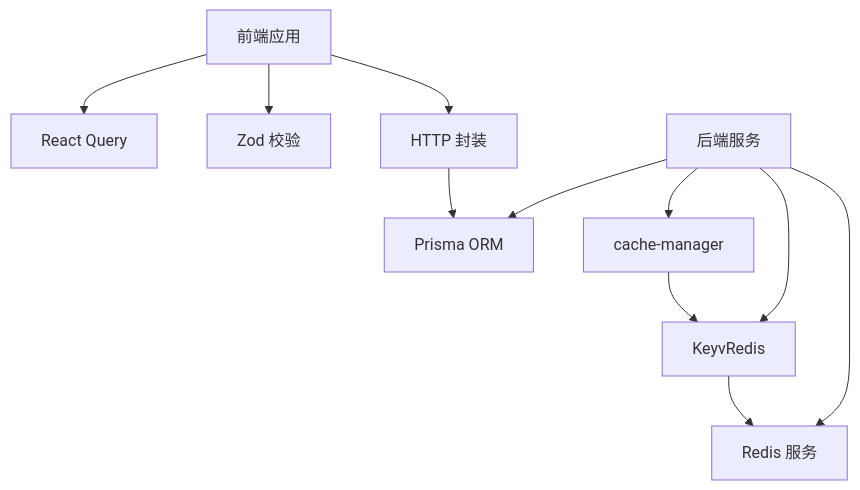
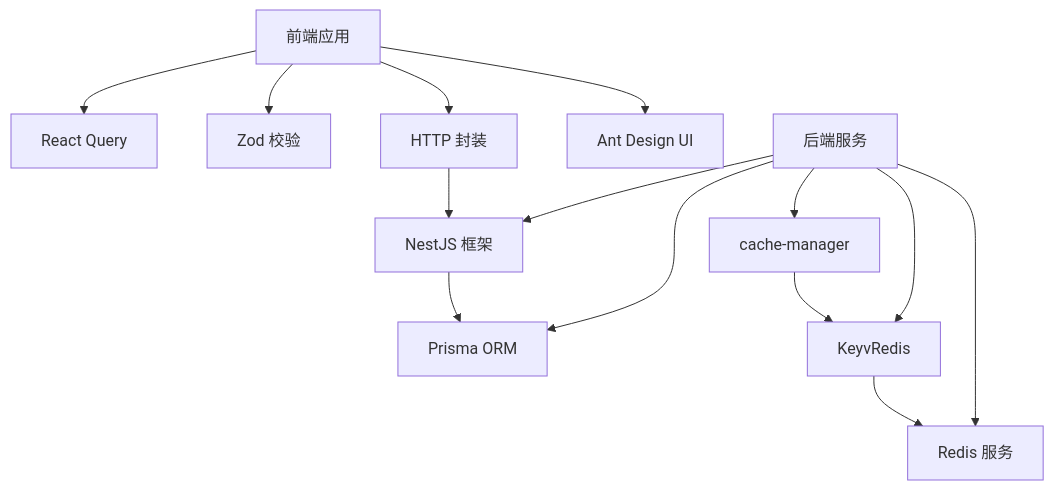
The sixth of 6 diagrams in .qoder/repowiki/zh/content/前端系统/API 集成/模块化 API 设计/字典管理模块 API.md (translateServers/nodes-stack), drawn with Mermaid before and after one commit. The commit also changed other lines of this file and 5 other files, not shown here.

````diff
--- a/.qoder/repowiki/zh/content/前端系统/API 集成/模块化 API 设计/字典管理模块 API.md
+++ b/.qoder/repowiki/zh/content/前端系统/API 集成/模块化 API 设计/字典管理模块 API.md
@@ -350,13 +462,16 @@
 ```mermaid
 graph TB
 Frontend["前端应用"] --> ReactQuery["React Query"]
 Frontend --> Zod["Zod 校验"]
 Frontend --> HTTP["HTTP 封装"]
-Backend["后端服务"] --> Prisma["Prisma ORM"]
+Frontend --> Antd["Ant Design UI"]
+Backend["后端服务"] --> NestJS["NestJS 框架"]
+Backend --> Prisma["Prisma ORM"]
 Backend --> CacheMgr["cache-manager"]
 Backend --> KeyvRedis["KeyvRedis"]
 Backend --> Redis["Redis 服务"]
-HTTP --> Prisma
+HTTP --> NestJS
+NestJS --> Prisma
 CacheMgr --> KeyvRedis
 KeyvRedis --> Redis
 ```
````
